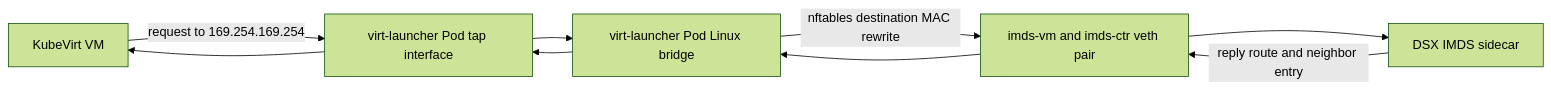
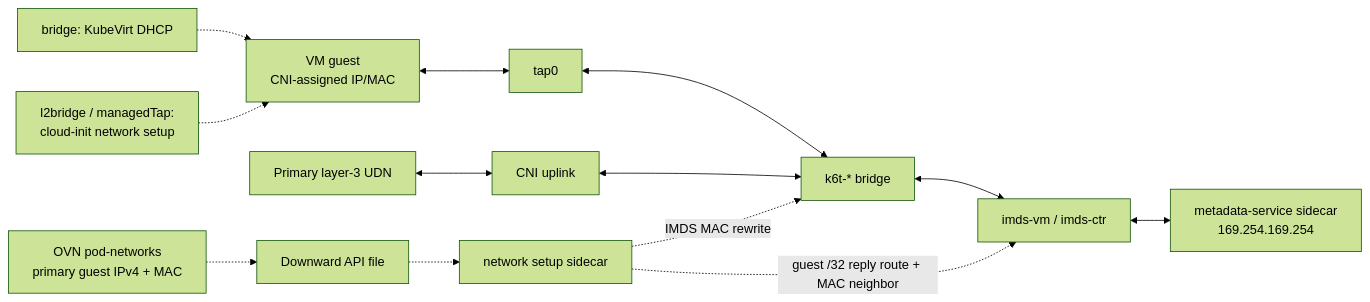
The diagram in cmd/dsx-imds-network-setup/README.md (dsx-ai-factory/nvidia-workload-identity), drawn with Mermaid (forest theme) before and after one commit. The commit also changed other lines of this file and 17 other files, not shown here.

First line of the commit message:
fix(NO-REF): support IMDS on both VM bridge bindings (#14)

````diff
--- a/cmd/dsx-imds-network-setup/README.md
+++ b/cmd/dsx-imds-network-setup/README.md
@@ -18,11 +39,16 @@
 ```mermaid
 flowchart LR
-    VM["KubeVirt VM"] -->|"request to 169.254.169.254"| Tap["virt-launcher Pod tap interface"]
-    Tap --> Bridge["virt-launcher Pod Linux bridge"]
-    Bridge -->|"nftables destination MAC rewrite"| Veth["imds-vm and imds-ctr veth pair"]
-    Veth --> Metadata["DSX IMDS sidecar"]
-    Metadata -->|"reply route and neighbor entry"| Veth
-    Veth --> Bridge
-    Bridge --> Tap
-    Tap --> VM
+    Guest["VM guest<br/>CNI-assigned IP/MAC"] <--> Tap["tap0"]
+    Tap <--> Bridge["k6t-* bridge"]
+    Bridge <--> Veth["imds-vm / imds-ctr"]
+    Veth <--> Metadata["metadata-service sidecar<br/>169.254.169.254"]
+    UDN["Primary layer-3 UDN"] <--> Uplink["CNI uplink"]
+    Uplink <--> Bridge
+
+    DHCP["bridge: KubeVirt DHCP"] -.-> Guest
+    CloudInit["l2bridge / managedTap:<br/>cloud-init network setup"] -.-> Guest
+    Status["OVN pod-networks<br/>primary guest IPv4 + MAC"] -.-> File["Downward API file"]
+    File -.-> Setup["network setup sidecar"]
+    Setup -.->|"guest /32 reply route + MAC neighbor"| Veth
+    Setup -.->|"IMDS MAC rewrite"| Bridge
 ```
````
